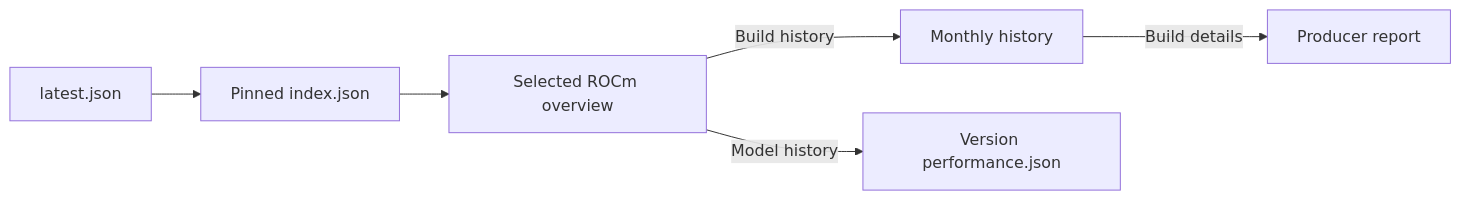
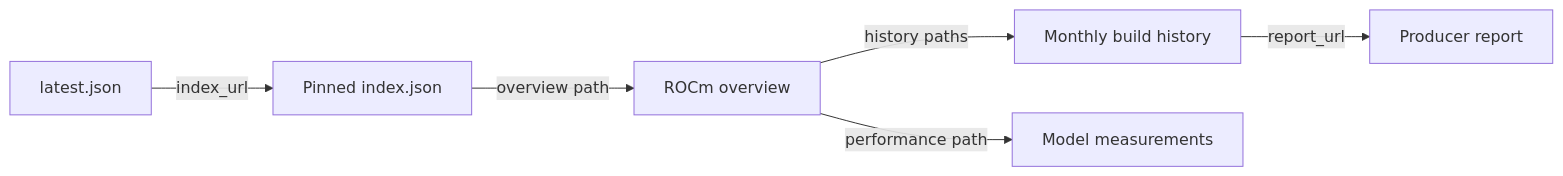
The second of 2 diagrams in docs/data-flow.md (lemonade-sdk/rocm-readiness), drawn with Mermaid before and after one commit. The commit also changed other lines of this file and 3 other files, not shown here.

````diff
--- a/docs/data-flow.md
+++ b/docs/data-flow.md
@@ -34,8 +30,8 @@
 ```mermaid
 flowchart LR
-    Latest["latest.json"] --> Index["Pinned index.json"]
-    Index --> Overview["Selected ROCm overview"]
-    Overview -->|Build history| History["Monthly history"]
-    History -->|Build details| Report["Producer report"]
-    Overview -->|Model history| Performance["Version performance.json"]
+    Latest["latest.json"] -->|index_url| Index["Pinned index.json"]
+    Index -->|overview path| Overview["ROCm overview"]
+    Overview -->|history paths| History["Monthly build history"]
+    History -->|report_url| Report["Producer report"]
+    Overview -->|performance path| Performance["Model measurements"]
 ```
````
